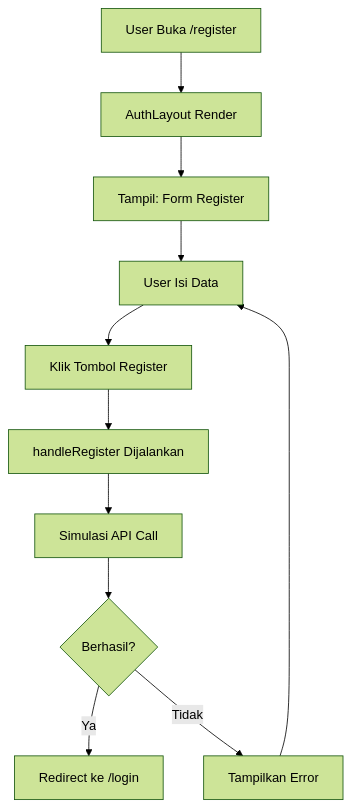
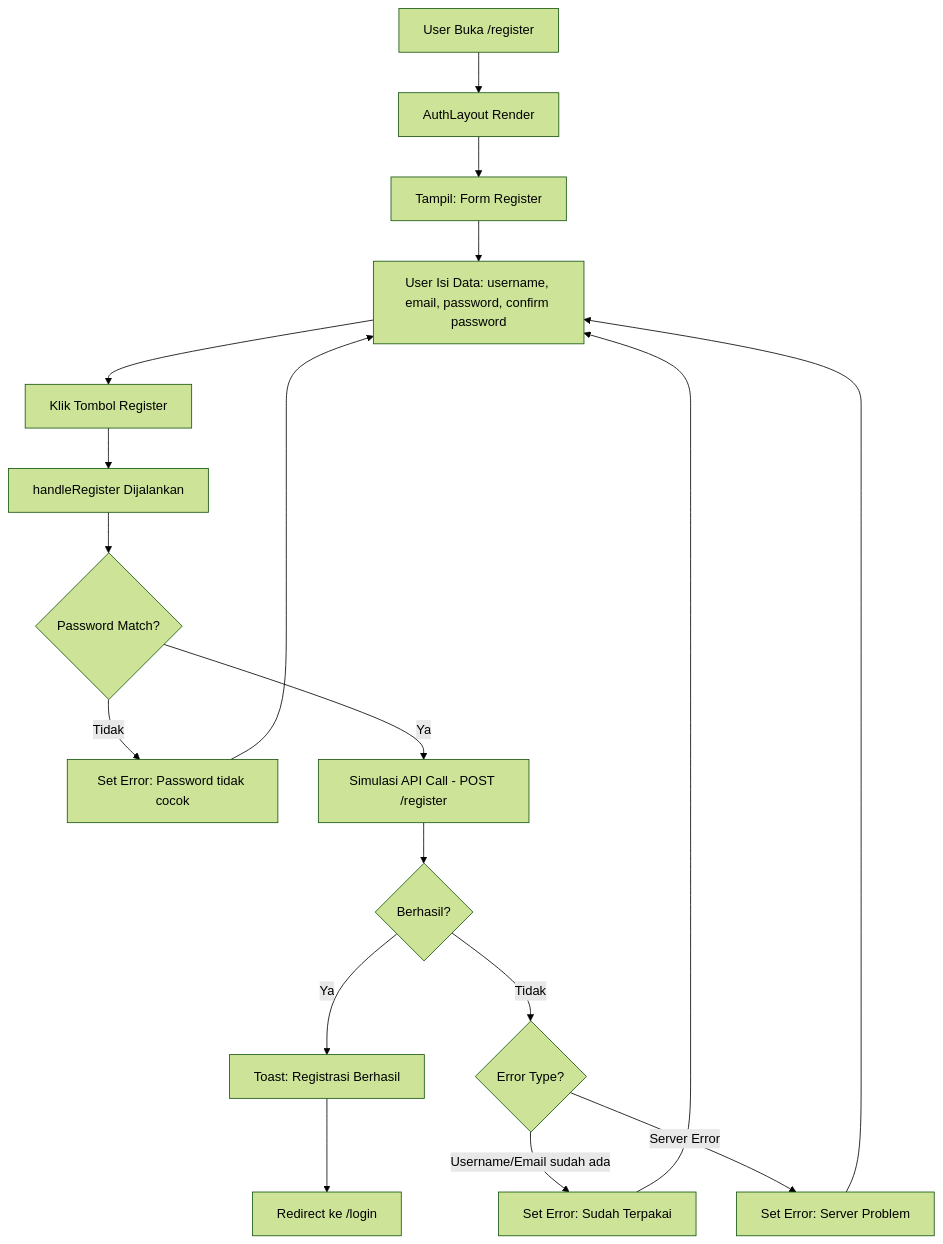
One commit to ricky-blip/pos-frontend changed the third of 20 diagrams in FLOWCHART.md. Above: the diagram before and after it, drawn with Mermaid (forest theme). The commit also changed other lines of this file, not shown here.

Commit message:
update flowchart

````diff
--- a/FLOWCHART.md
+++ b/FLOWCHART.md
@@ -87,14 +98,24 @@
 ```mermaid
 flowchart TD
     A[User Buka /register] --> B[AuthLayout Render]
     B --> C[Tampil: Form Register]
-    C --> D[User Isi Data]
+    C --> D[User Isi Data: username, email, password, confirm password]
     D --> E[Klik Tombol Register]
     E --> F[handleRegister Dijalankan]
-    F --> G[Simulasi API Call]
-    G --> H{Berhasil?}
+    F --> G{Password Match?}
 
-    H -->|Ya| I[Redirect ke /login]
-    H -->|Tidak| J[Tampilkan Error]
-    J --> D
+    G -->|Tidak| H[Set Error: Password tidak cocok]
+    H --> D
+
+    G -->|Ya| I[Simulasi API Call - POST /register]
+    I --> J{Berhasil?}
+
+    J -->|Ya| K[Toast: Registrasi Berhasil]
+    K --> L[Redirect ke /login]
+
+    J -->|Tidak| M{Error Type?}
+    M -->|Username/Email sudah ada| N[Set Error: Sudah Terpakai]
+    M -->|Server Error| O[Set Error: Server Problem]
+    N --> D
+    O --> D
 ```
````
